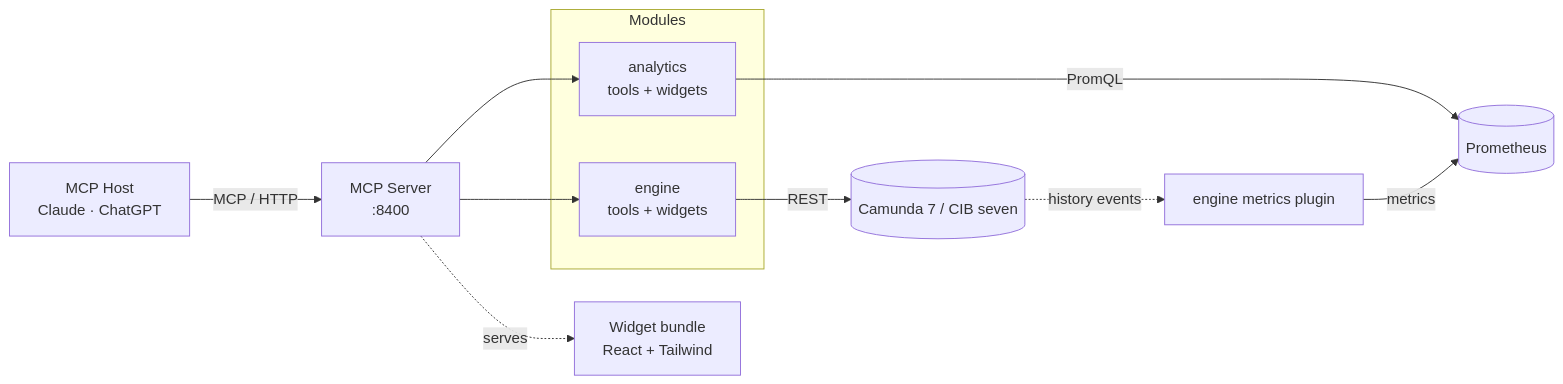
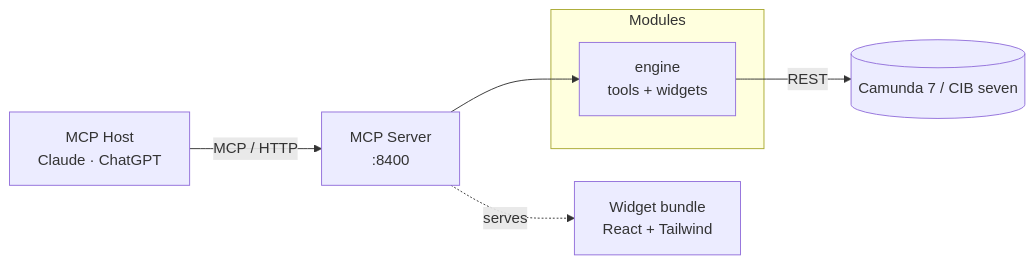
The diagram in docs/mcp/architecture.md (Miragon/pulse), drawn with Mermaid before and after one commit. The commit also changed other lines of this file and 281 other files, not shown here.

````diff
--- a/docs/mcp/architecture.md
+++ b/docs/mcp/architecture.md
@@ -10,20 +9,14 @@
 ```mermaid
 flowchart LR
   Host[MCP Host<br/>Claude · ChatGPT] -->|MCP / HTTP| Server[MCP Server<br/>:8400]
 
   subgraph Modules
     EngineModule[engine<br/>tools + widgets]
-    Analytics[analytics<br/>tools + widgets]
   end
 
   Server --> EngineModule
-  Server --> Analytics
 
   EngineModule -->|REST| Engine[(Camunda 7 / CIB seven)]
-  Analytics -->|PromQL| Prom[(Prometheus)]
-
-  Engine -. history events .-> Plugin[engine metrics plugin]
-  Plugin -- metrics --> Prom
 
   Server -. serves .-> Widgets[Widget bundle<br/>React + Tailwind]
 ```
````
